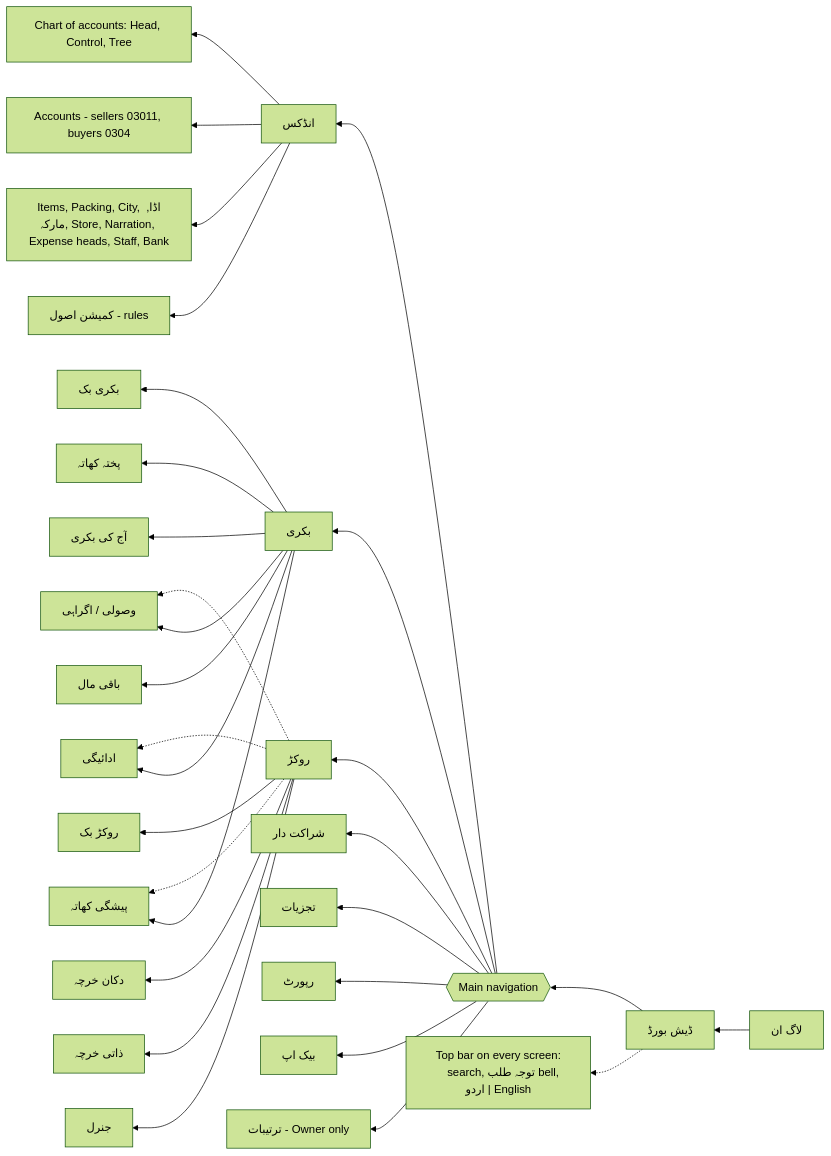
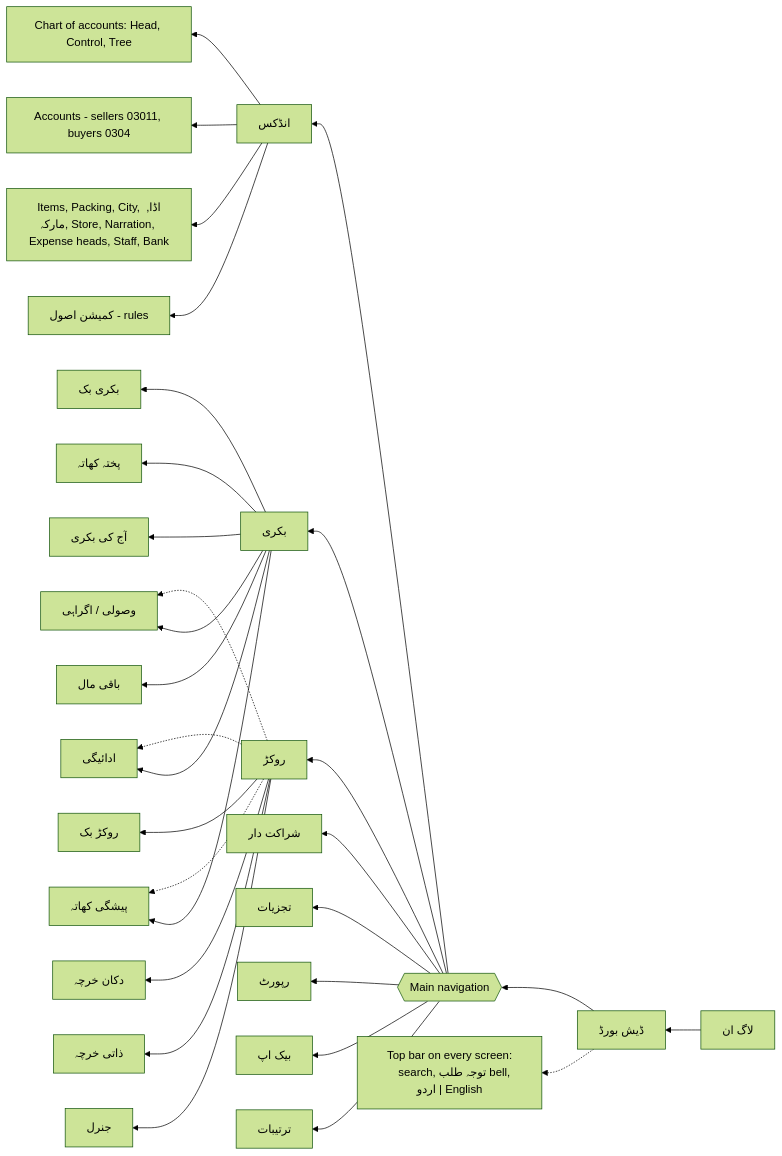
The sixth of 26 diagrams in .claude/rules/Architecture_v1.md (FaisalHanif12/Fruits-Mandi-Software), drawn with Mermaid (forest theme) before and after one commit. The commit also changed other lines of this file and 19 other files, not shown here.

````diff
--- a/.claude/rules/Architecture_v1.md
+++ b/.claude/rules/Architecture_v1.md
@@ -212,36 +208,36 @@
 ```mermaid
 flowchart RL
     LOGIN["لاگ ان"] --> DASH["ڈیش بورڈ"]
     DASH --> NAV{{"Main navigation"}}
     NAV --> IDX["انڈکس"]
     NAV --> BIK["بکری"]
     NAV --> ROK["روکڑ"]
     NAV --> PRT["شراکت دار"]
     NAV --> ANL["تجزیات"]
     NAV --> REP["رپورٹ"]
     NAV --> BAK["بیک اپ"]
-    NAV --> SET["ترتیبات - Owner only"]
+    NAV --> SET["ترتیبات"]
     DASH -.-> TOP["Top bar on every screen:
     search, توجہ طلب bell, اردو | English"]
 
     IDX --> IDX1["Chart of accounts: Head, Control, Tree"]
     IDX --> IDX2["Accounts - sellers 03011, buyers 0304"]
     IDX --> IDX3["Items, Packing, City, اڈا, مارکہ, Store, Narration, Expense heads, Staff, Bank"]
     IDX --> IDX4["کمیشن اصول - rules"]
 
     BIK --> B1["بکری بک"]
     BIK --> B3["وصولی / اگراہی"]
     BIK --> B4["ادائیگی"]
     BIK --> B5["پیشگی کھاتہ"]
     BIK --> B6["پختہ کھاتہ"]
     BIK --> B7["آج کی بکری"]
     BIK --> B8["باقی مال"]
 
     ROK --> R1["روکڑ بک"]
     ROK --> R2["دکان خرچہ"]
     ROK --> R3["ذاتی خرچہ"]
     ROK --> R4["جنرل"]
     ROK -.-> B3
     ROK -.-> B4
     ROK -.-> B5
 ```
````
